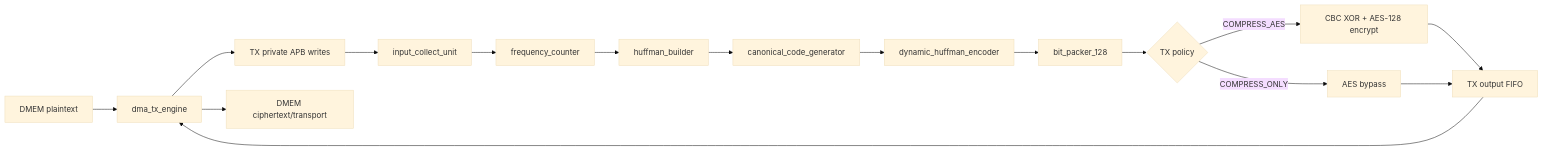
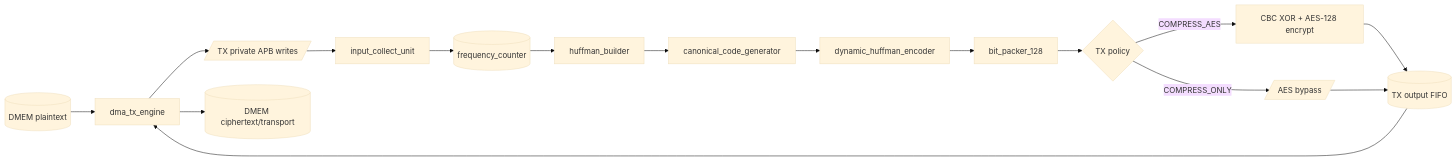
One commit to ngoquocan139/AES_huffman_all6 changed the fourth of 5 diagrams in docs/00_current_system_spec.md. Above: the diagram before and after it, drawn with Mermaid (base theme). The commit also changed other lines of this file and 28 other files, not shown here.

````diff
--- a/docs/00_current_system_spec.md
+++ b/docs/00_current_system_spec.md
@@ -347,18 +347,18 @@
 ```mermaid
 flowchart LR
-  SRC["DMEM plaintext"] --> TXDMA["dma_tx_engine"]
-  TXDMA --> APB["TX private APB writes"]
+  SRC[("DMEM plaintext")] --> TXDMA["dma_tx_engine"]
+  TXDMA --> APB[/"TX private APB writes"/]
   APB --> COLLECT["input_collect_unit"]
-  COLLECT --> FREQ["frequency_counter"]
+  COLLECT --> FREQ[("frequency_counter")]
   FREQ --> BUILD["huffman_builder"]
   BUILD --> CANON["canonical_code_generator"]
   CANON --> ENC["dynamic_huffman_encoder"]
   ENC --> PACK["bit_packer_128"]
   PACK --> POLICY{"TX policy"}
   POLICY -->|"COMPRESS_AES"| CBC["CBC XOR + AES-128 encrypt"]
-  POLICY -->|"COMPRESS_ONLY"| BYP["AES bypass"]
-  CBC --> FIFO["TX output FIFO"]
+  POLICY -->|"COMPRESS_ONLY"| BYP[/"AES bypass"/]
+  CBC --> FIFO[("TX output FIFO")]
   BYP --> FIFO
   FIFO --> TXDMA
-  TXDMA --> DST["DMEM ciphertext/transport"]
+  TXDMA --> DST[("DMEM ciphertext/transport")]
 ```
````
